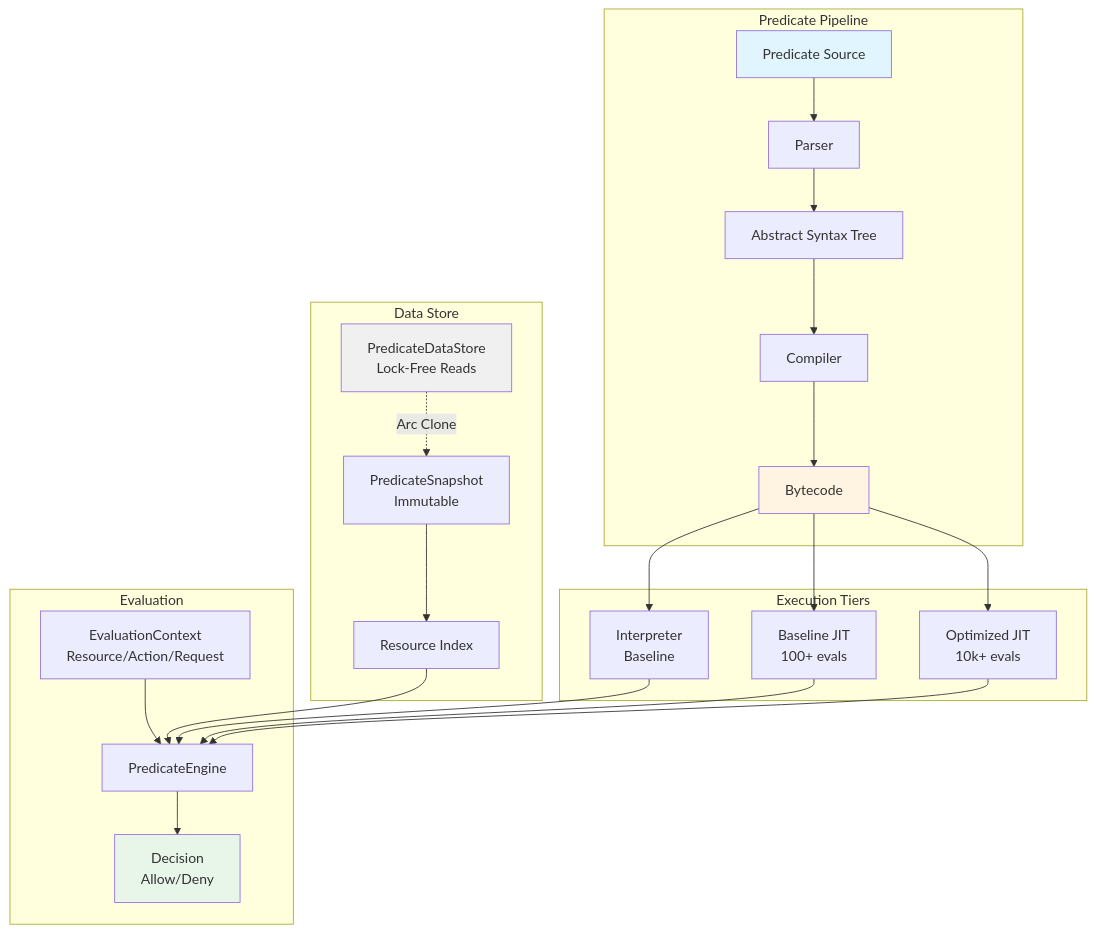
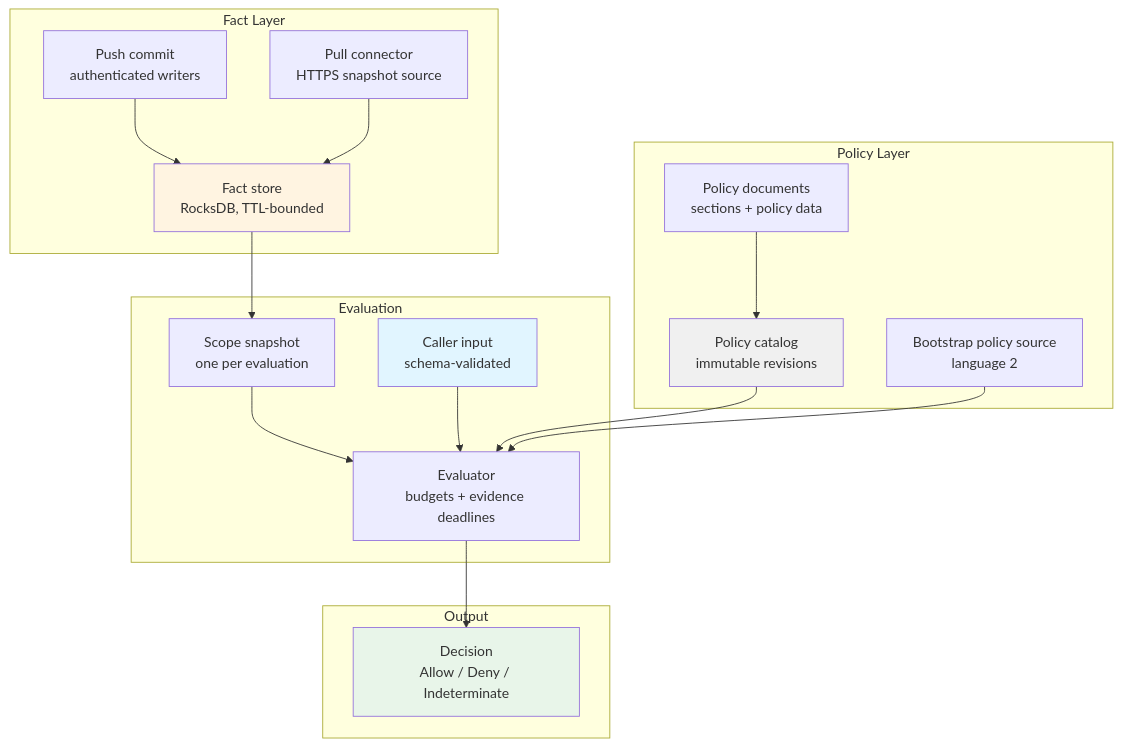
One commit to jrepp/ipe changed the diagram in README.md. Above: the diagram before and after it, drawn with Mermaid. The commit also changed other lines of this file and 15 other files, not shown here.

````diff
--- a/README.md
+++ b/README.md
@@ -46,36 +45,38 @@
 ```mermaid
 graph TB
-    subgraph "Predicate Pipeline"
-        Source[Predicate Source] --> Parser
-        Parser --> AST[Abstract Syntax Tree]
-        AST --> Compiler
-        Compiler --> Bytecode
+    subgraph "Policy Layer"
+        SRC[Bootstrap policy source<br/>language 2]
+        DOC[Policy documents<br/>sections + policy data]
+        CAT[Policy catalog<br/>immutable revisions]
+        DOC --> CAT
     end
 
-    subgraph "Execution Tiers"
-        Bytecode --> Interpreter[Interpreter<br/>Baseline]
-        Bytecode --> BaselineJIT[Baseline JIT<br/>100+ evals]
-        Bytecode --> OptimizedJIT[Optimized JIT<br/>10k+ evals]
-    end
-
-    subgraph "Data Store"
-        Store[PredicateDataStore<br/>Lock-Free Reads] -.Arc Clone.-> Snapshot[PredicateSnapshot<br/>Immutable]
-        Snapshot --> Index[Resource Index]
+    subgraph "Fact Layer"
+        PUSH[Push commit<br/>authenticated writers]
+        PULL[Pull connector<br/>HTTPS snapshot source]
+        FS[Fact store<br/>RocksDB, TTL-bounded]
+        PUSH --> FS
+        PULL --> FS
     end
 
     subgraph "Evaluation"
-        Engine[PredicateEngine]
-        Context[EvaluationContext<br/>Resource/Action/Request]
-        Interpreter --> Engine
-        BaselineJIT --> Engine
-        OptimizedJIT --> Engine
-        Index --> Engine
-        Context --> Engine
-        Engine --> Decision[Decision<br/>Allow/Deny]
+        IN[Caller input<br/>schema-validated]
+        SNAP[Scope snapshot<br/>one per evaluation]
+        EV[Evaluator<br/>budgets + evidence deadlines]
+        FS --> SNAP
+        SNAP --> EV
+        IN --> EV
+        CAT --> EV
+        SRC --> EV
     end
 
-    style Source fill:#e1f5ff
-    style Bytecode fill:#fff4e1
-    style Store fill:#f0f0f0
-    style Decision fill:#e8f5e9
+    subgraph "Output"
+        D[Decision<br/>Allow / Deny / Indeterminate]
+        EV --> D
+    end
+
+    style IN fill:#e1f5ff
+    style FS fill:#fff4e1
+    style CAT fill:#f0f0f0
+    style D fill:#e8f5e9
 ```
````
